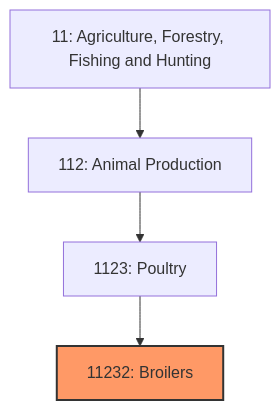
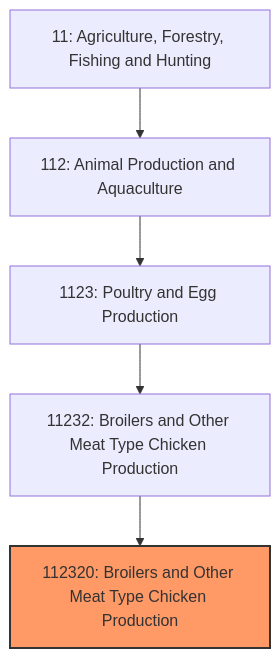
One commit to kziemski/business.org.ai changed the first of 3 diagrams in industries/Agriculture/AnimalProduction/Poultry/Broilers.mdx. Above: the diagram before and after it, drawn with Mermaid. The commit also changed other lines of this file and 67 other files, not shown here.

````diff
--- a/industries/Agriculture/AnimalProduction/Poultry/Broilers.mdx
+++ b/industries/Agriculture/AnimalProduction/Poultry/Broilers.mdx
@@ -20,8 +34,9 @@
 ```mermaid
 graph TD
     S11["11: Agriculture, Forestry, Fishing and Hunting"]
-    S11 --> N112["112: Animal Production"]
-    N112 --> N1123["1123: Poultry"]
-    N1123 --> N11232["11232: Broilers"]
-    style N11232 fill:#f96,stroke:#333,stroke-width:2px
+    S11 --> N112["112: Animal Production and Aquaculture"]
+    N112 --> N1123["1123: Poultry and Egg Production"]
+    N1123 --> N11232["11232: Broilers and Other Meat Type Chicken Production"]
+    N11232 --> N112320["112320: Broilers and Other Meat Type Chicken Production"]
+    style N112320 fill:#f96,stroke:#333,stroke-width:2px
 ```
````
